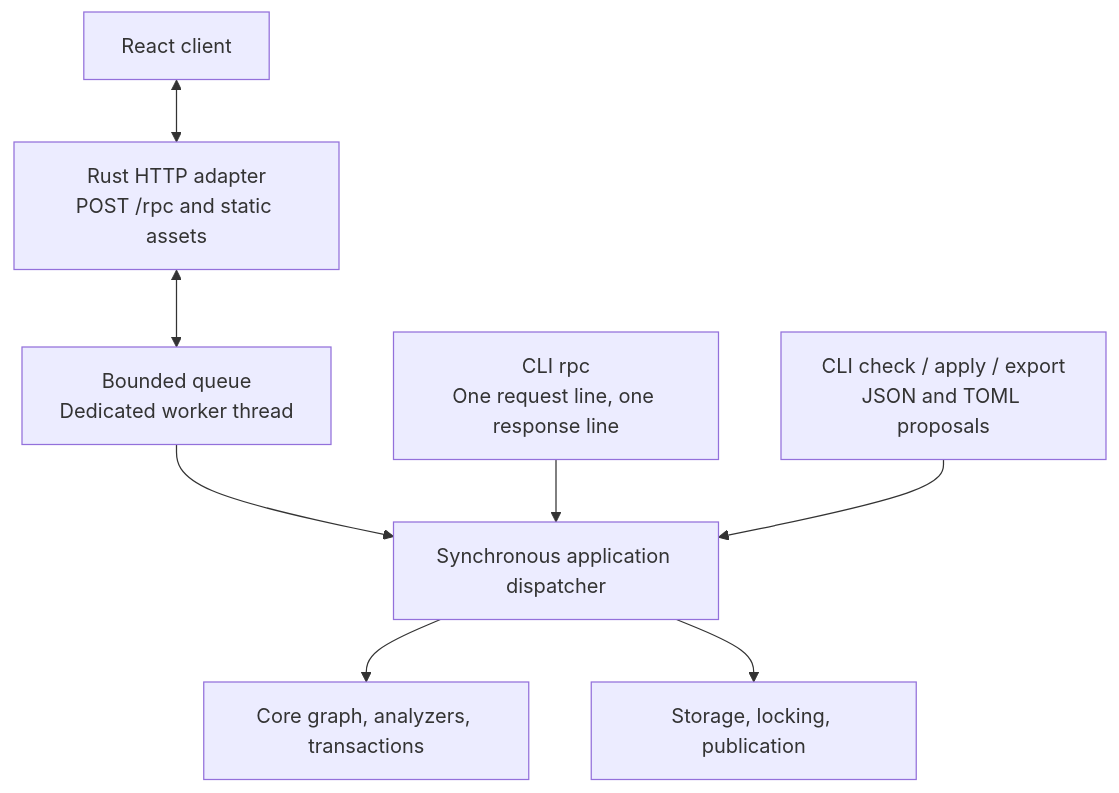
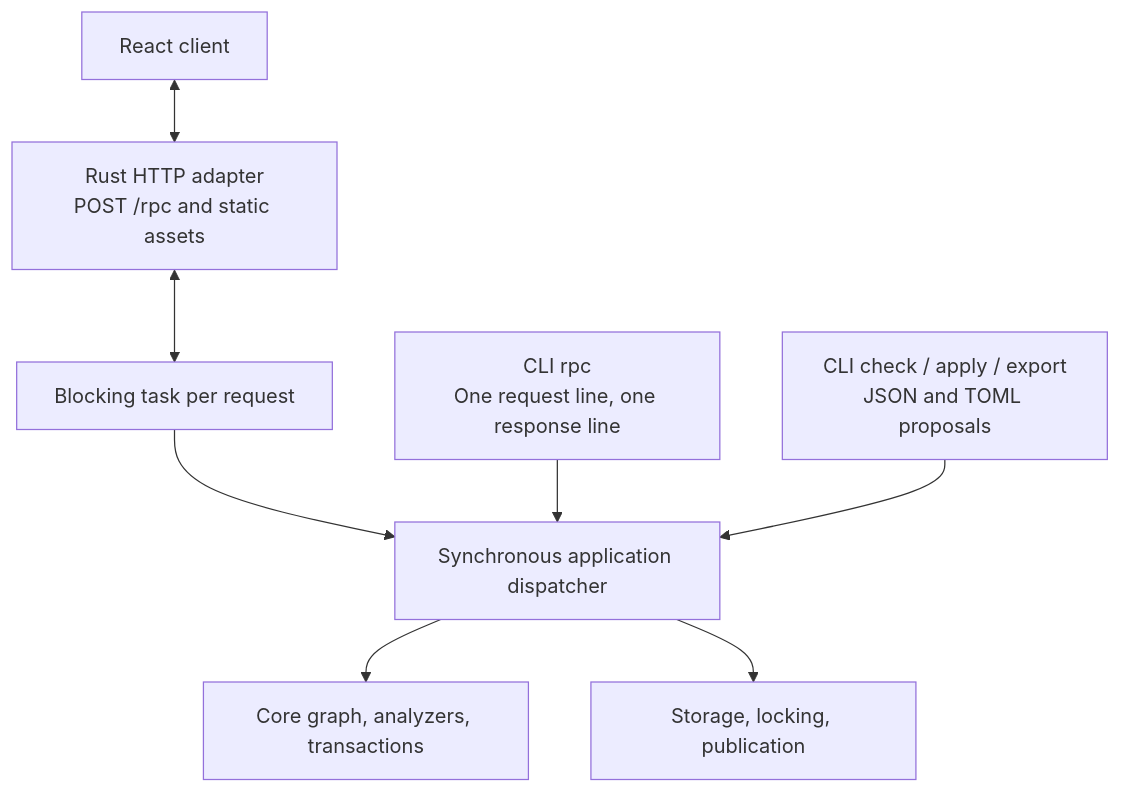
Before and after one commit to RezaOnGithub/lifecore: the diagram in docs/INTERFACES.md, drawn with Mermaid. The commit also changed other lines of this file and 6 other files, not shown here.

````diff
--- a/docs/INTERFACES.md
+++ b/docs/INTERFACES.md
@@ -17,18 +17,18 @@
 ```mermaid
 flowchart TD
     Browser["React client"]
     HTTP["Rust HTTP adapter<br/>POST /rpc and static assets"]
-    Worker["Bounded queue<br/>Dedicated worker thread"]
+    Worker["Blocking task per request"]
     CLI["CLI rpc<br/>One request line, one response line"]
     Files["CLI check / apply / export<br/>JSON and TOML proposals"]
     App["Synchronous application dispatcher"]
     Core["Core graph, analyzers, transactions"]
     Storage["Storage, locking, publication"]
     Browser <--> HTTP
     HTTP <--> Worker
     Worker --> App
     CLI --> App
     Files --> App
     App --> Core
     App --> Storage
 ```
````
